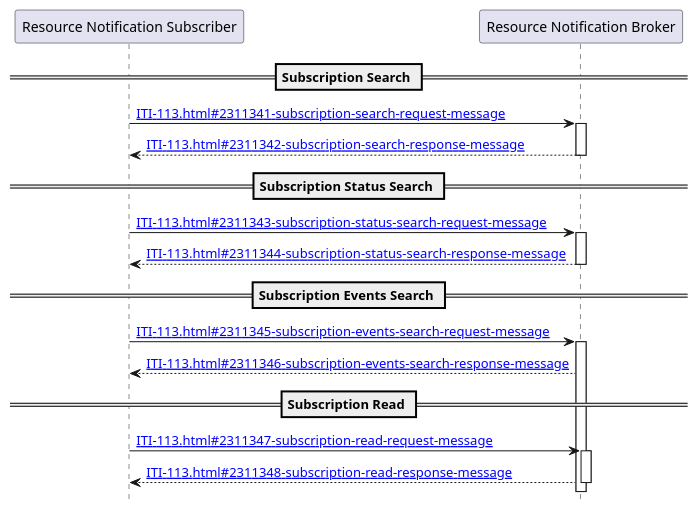
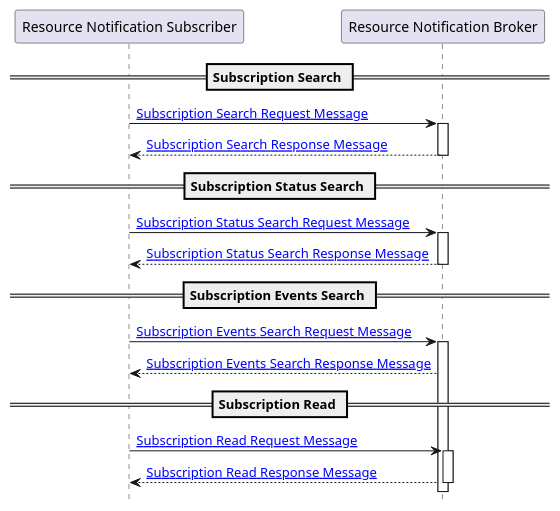
Before and after one commit to IHE/ITI.DSUBm: the diagram in input/images-source/ITI-113-Subscription-seq.plantuml, drawn with PlantUML. The commit also changed 4 other files, not shown here.

Commit message:
add read ti iti-114

```diff
--- a/input/images-source/ITI-113-Subscription-seq.plantuml
+++ b/input/images-source/ITI-113-Subscription-seq.plantuml
@@ -1,31 +1,31 @@
 @startuml
 hide footbox
 participant "Resource Notification Subscriber" as  Subscriber
 participant "Resource Notification Broker" as  Broker
 
 
 == Subscription Search ==
-Subscriber -> Broker :  [[ITI-113.html#2311341-subscription-search-request-message]] 
+Subscriber -> Broker :  [[ITI-113.html#2311341-subscription-search-request-message Subscription Search Request Message]] 
 activate Broker
-Broker --> Subscriber : [[ITI-113.html#2311342-subscription-search-response-message]] 
+Broker --> Subscriber : [[ITI-113.html#2311342-subscription-search-response-message Subscription Search Response Message]] 
 deactivate Broker
 
 == Subscription Status Search ==
-Subscriber -> Broker : [[ITI-113.html#2311343-subscription-status-search-request-message]] 
+Subscriber -> Broker : [[ITI-113.html#2311343-subscription-status-search-request-message Subscription Status Search Request Message]] 
 activate Broker
-Broker --> Subscriber : [[ITI-113.html#2311344-subscription-status-search-response-message]] 
+Broker --> Subscriber : [[ITI-113.html#2311344-subscription-status-search-response-message Subscription Status Search Response Message]] 
 deactivate Broker
 
 == Subscription Events Search ==
-Subscriber -> Broker : [[ITI-113.html#2311345-subscription-events-search-request-message]] 
+Subscriber -> Broker : [[ITI-113.html#2311345-subscription-events-search-request-message Subscription Events Search Request Message]] 
 activate Broker
-Broker --> Subscriber : [[ITI-113.html#2311346-subscription-events-search-response-message]] 
+Broker --> Subscriber : [[ITI-113.html#2311346-subscription-events-search-response-message Subscription Events Search Response Message]] 
 
 == Subscription Read ==
-Subscriber -> Broker : [[ITI-113.html#2311347-subscription-read-request-message]] 
+Subscriber -> Broker : [[ITI-113.html#2311347-subscription-read-request-message Subscription Read Request Message]] 
 activate Broker
-Broker --> Subscriber : [[ITI-113.html#2311348-subscription-read-response-message]] 
+Broker --> Subscriber : [[ITI-113.html#2311348-subscription-read-response-message Subscription Read Response Message]] 
 
 deactivate Broker
 
 @enduml
```
